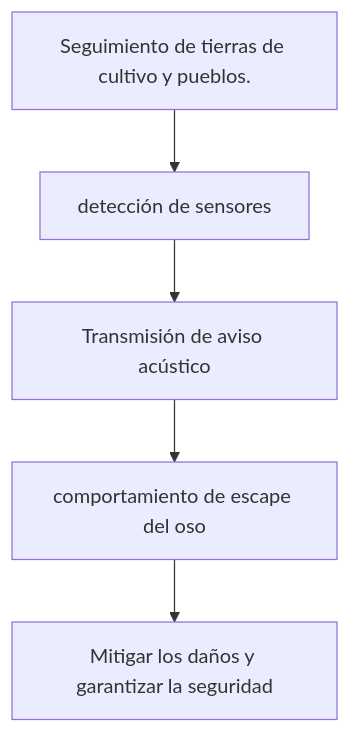
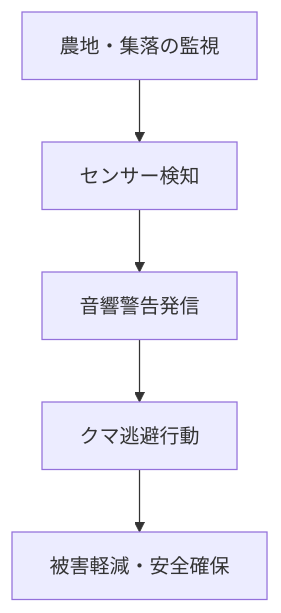
The fourth of 4 diagrams in es/_posts/2025-10-26-column-bear-sound.md (monumental-movement/monumental-movement.github.io), drawn with Mermaid before and after one commit. The commit also changed other lines of this file and 299 other files, not shown here.

```diff
--- a/es/_posts/2025-10-26-column-bear-sound.md
+++ b/es/_posts/2025-10-26-column-bear-sound.md
@@ -201,9 +201,9 @@
 <div class="mermaid">
 
 flowchart TD
-A[Seguimiento de tierras de cultivo y pueblos.] --> B[detección de sensores]
-B --> C[Transmisión de aviso acústico]
-C --> D[comportamiento de escape del oso]
-D --> E[Mitigar los daños y garantizar la seguridad]
+A[農地・集落の監視] --> B[センサー検知]
+B --> C[音響警告発信]
+C --> D[クマ逃避行動]
+D --> E[被害軽減・安全確保]
 
 </div>
```
